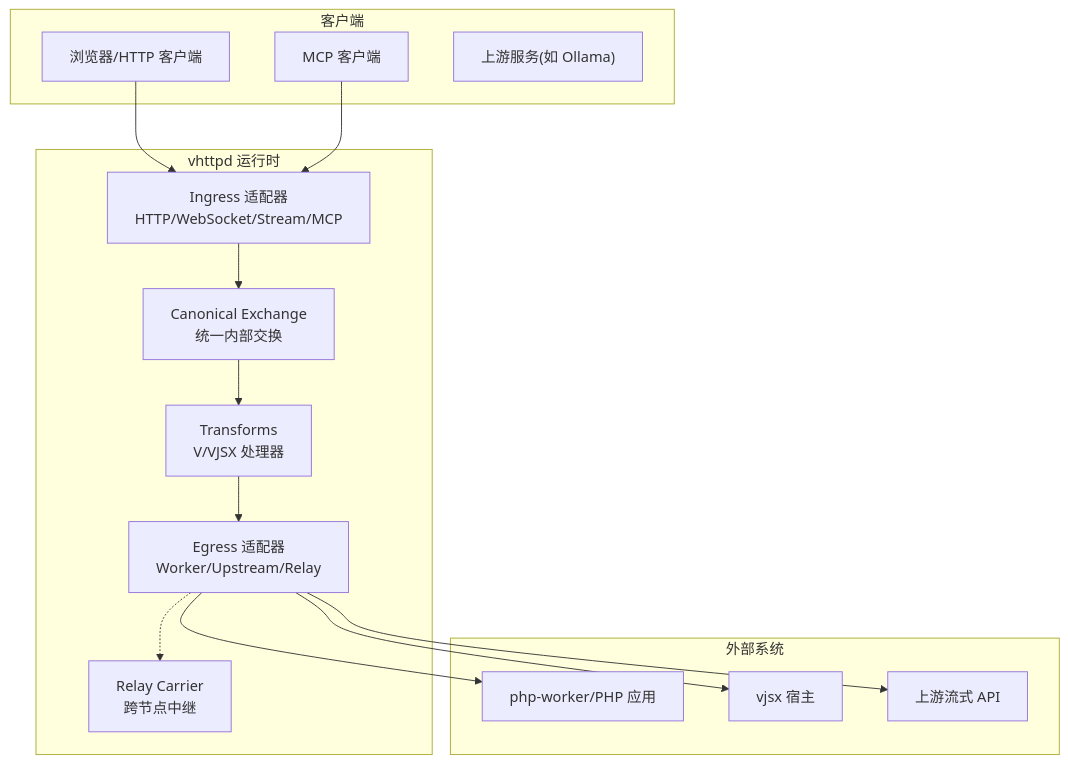
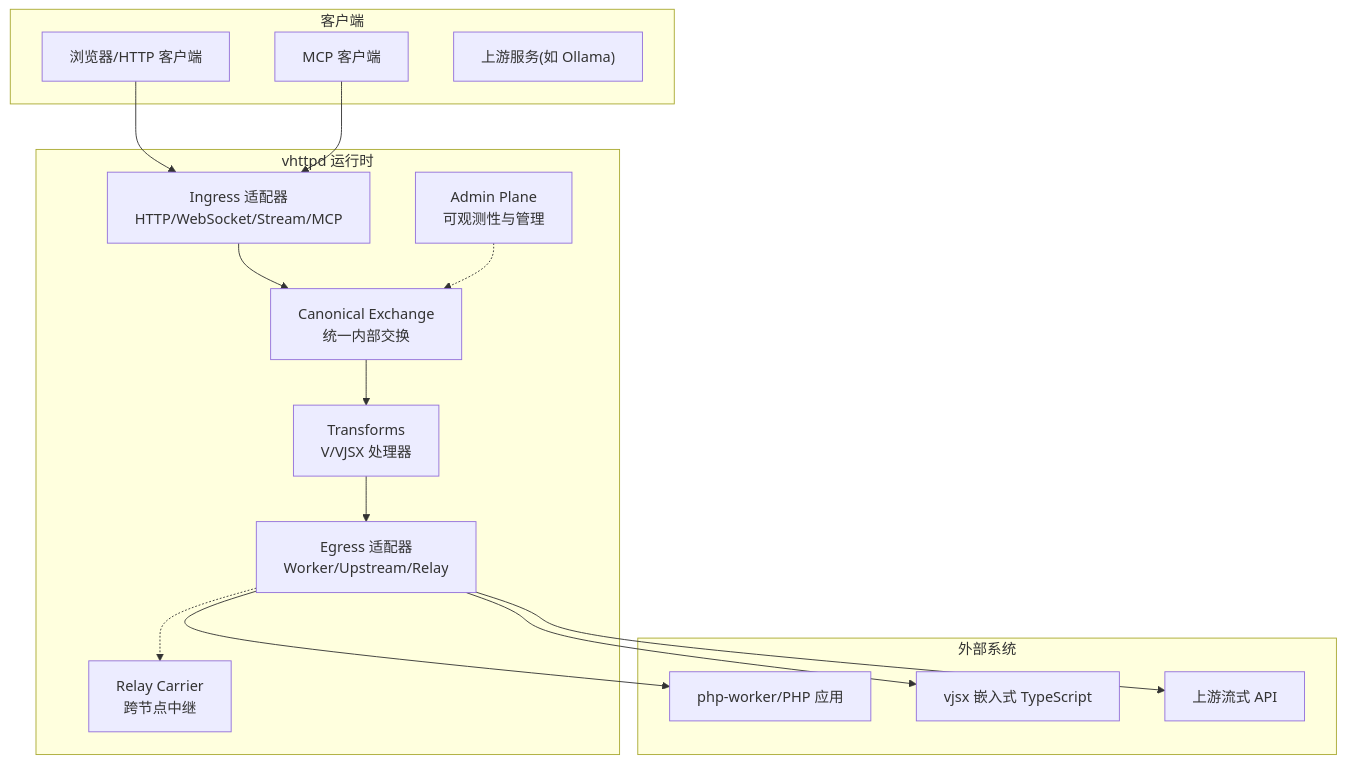
The second of 10 diagrams in .qoder/repowiki/zh/content/项目概述/架构概览/架构概览.md (guweigang/vhttpd), drawn with Mermaid before and after one commit. The commit also changed other lines of this file and 376 other files, not shown here.

````diff
--- a/.qoder/repowiki/zh/content/项目概述/架构概览/架构概览.md
+++ b/.qoder/repowiki/zh/content/项目概述/架构概览/架构概览.md
@@ -101,29 +102,31 @@
 ```mermaid
 graph TB
 subgraph "客户端"
 C1["浏览器/HTTP 客户端"]
 C2["MCP 客户端"]
 C3["上游服务(如 Ollama)"]
 end
 subgraph "vhttpd 运行时"
 IA["Ingress 适配器<br/>HTTP/WebSocket/Stream/MCP"]
 EX["Canonical Exchange<br/>统一内部交换"]
 TR["Transforms<br/>V/VJSX 处理器"]
 EA["Egress 适配器<br/>Worker/Upstream/Relay"]
 RL["Relay Carrier<br/>跨节点中继"]
+ADMIN["Admin Plane<br/>可观测性与管理"]
 end
 subgraph "外部系统"
 W["php-worker/PHP 应用"]
-VJ["vjsx 宿主"]
+VJ["vjsx 嵌入式 TypeScript"]
 U["上游流式 API"]
 end
 C1 --> IA
 C2 --> IA
 IA --> EX
 EX --> TR
 TR --> EA
 EA --> W
 EA --> VJ
 EA --> U
 EA -.-> RL
+ADMIN -.-> EX
 ```
````
